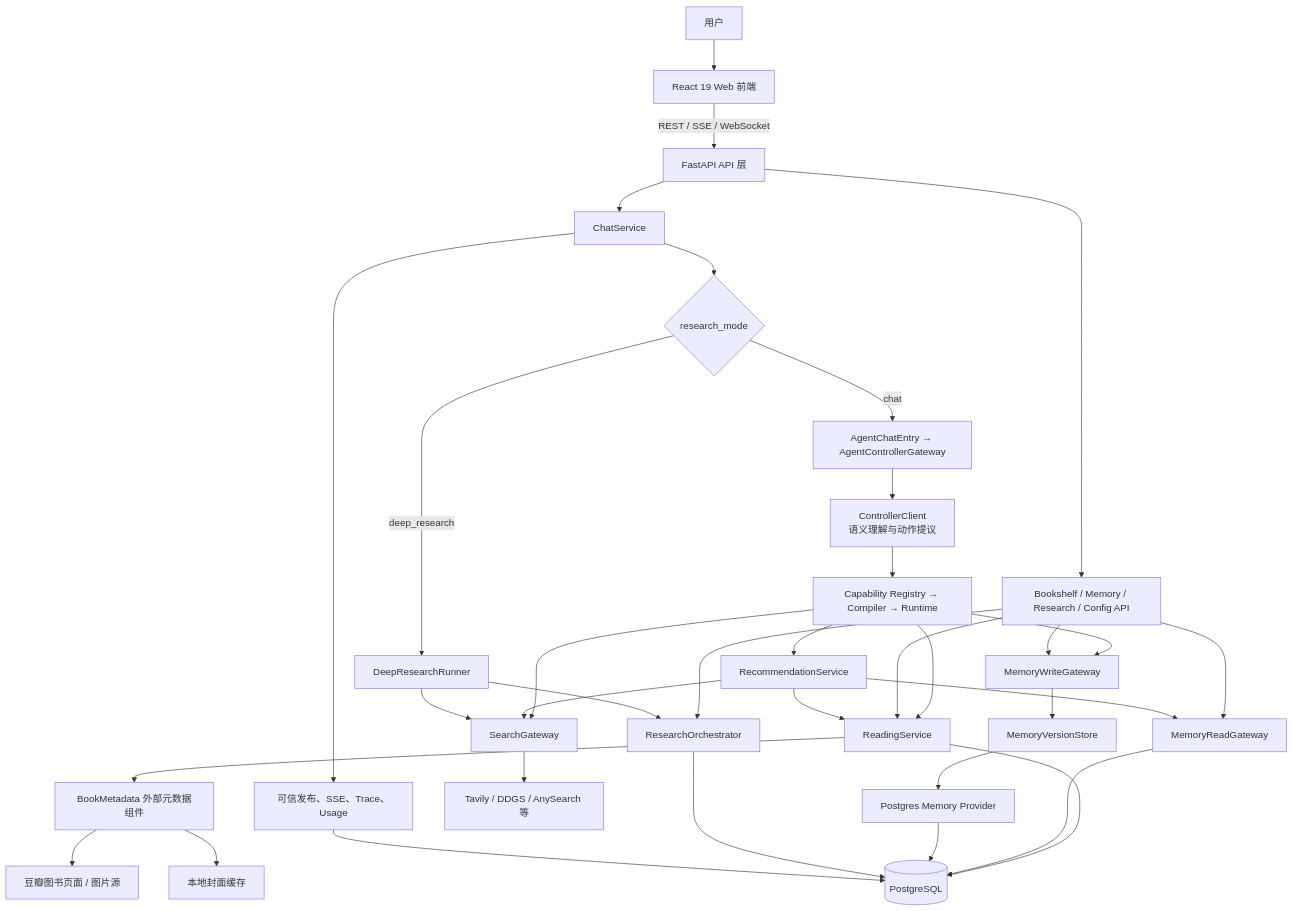
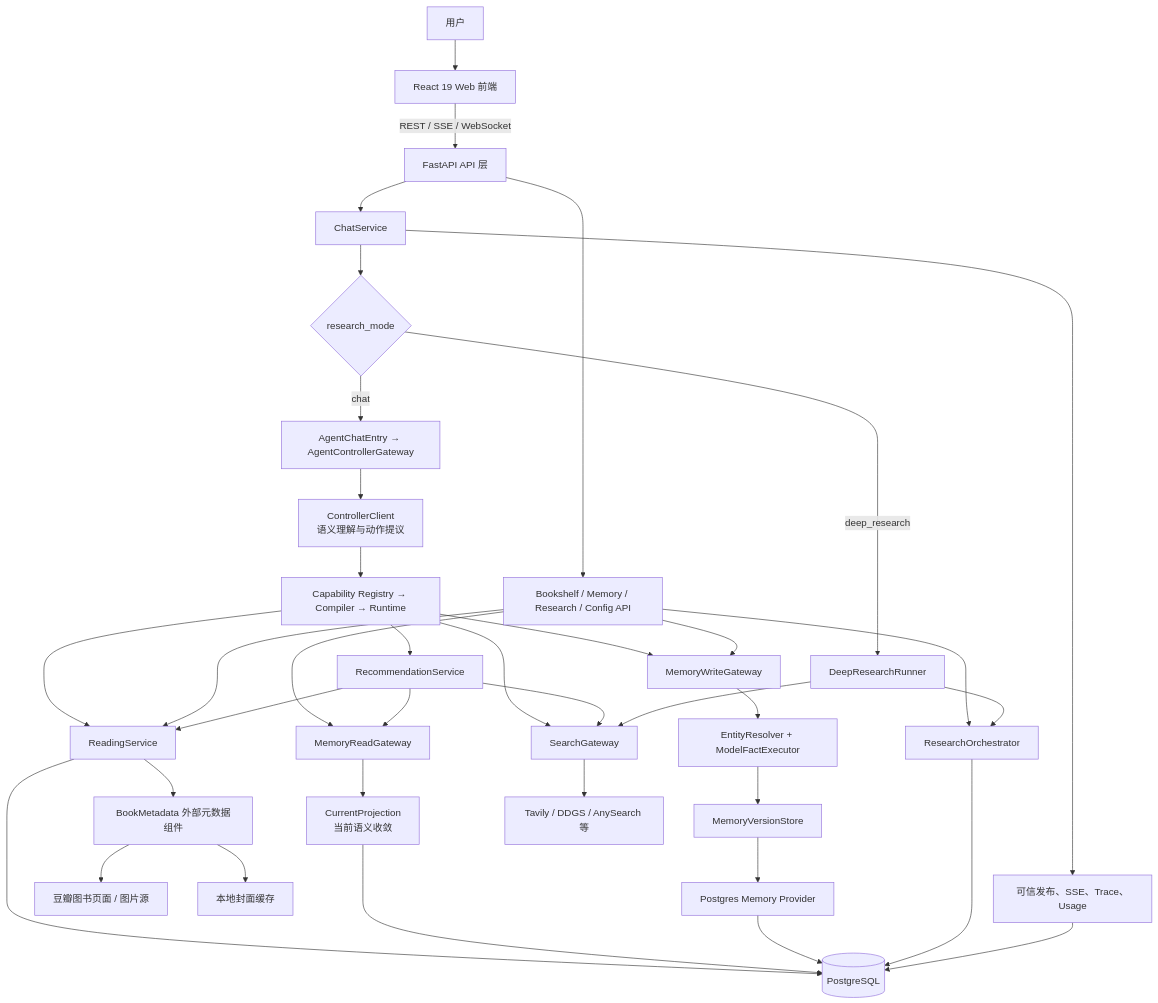
One commit to vic-ice/AgentHub changed the first of 6 diagrams in docs/论文技术事实材料.md. Above: the diagram before and after it, drawn with Mermaid. The commit also changed other lines of this file, not shown here.

Commit message:
docs: refresh thesis technical facts for current architecture

```diff
--- a/docs/论文技术事实材料.md
+++ b/docs/论文技术事实材料.md
@@ -78,44 +79,46 @@
 ~~~mermaid
 flowchart TB
     U["用户"] --> FE["React 19 Web 前端"]
     FE -->|"REST / SSE / WebSocket"| API["FastAPI API 层"]
 
     API --> CHAT["ChatService"]
     API --> DOMAINAPI["Bookshelf / Memory / Research / Config API"]
 
     CHAT --> MODE{"research_mode"}
     MODE -->|"chat"| AG["AgentChatEntry → AgentControllerGateway"]
     MODE -->|"deep_research"| DR["DeepResearchRunner"]
 
     AG --> CTRL["ControllerClient<br/>语义理解与动作提议"]
     CTRL --> EXEC["Capability Registry → Compiler → Runtime"]
     EXEC --> MWG["MemoryWriteGateway"]
     EXEC --> RS["ReadingService"]
     EXEC --> REC["RecommendationService"]
     EXEC --> SG["SearchGateway"]
 
     DOMAINAPI --> RS
     DOMAINAPI --> MWG
     DOMAINAPI --> MRG["MemoryReadGateway"]
     DOMAINAPI --> RO["ResearchOrchestrator"]
 
-    MWG --> VS["MemoryVersionStore"]
+    MWG --> MFE["EntityResolver + ModelFactExecutor"]
+    MFE --> VS["MemoryVersionStore"]
     VS --> MP["Postgres Memory Provider"]
     RS --> PG[("PostgreSQL")]
     REC --> MRG
     REC --> RS
     REC --> SG
-    MRG --> PG
+    MRG --> MCP["CurrentProjection<br/>当前语义收敛"]
+    MCP --> PG
     MP --> PG
     RO --> PG
     DR --> SG
     DR --> RO
 
     RS --> META["BookMetadata 外部元数据组件"]
     META --> DBAN["豆瓣图书页面 / 图片源"]
     META --> COVER["本地封面缓存"]
     SG --> EXT["Tavily / DDGS / AnySearch 等"]
 
     CHAT --> PUB["可信发布、SSE、Trace、Usage"]
     PUB --> PG
 ~~~
```
